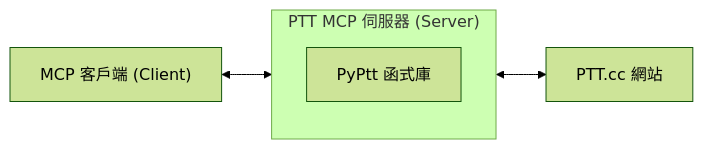
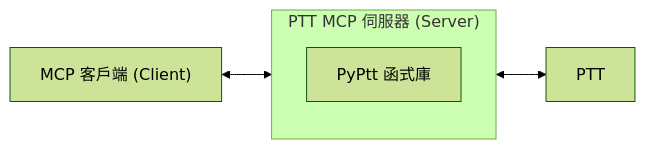
One commit to PyPtt/ptt_mcp_server changed the diagram in README.md. Above: the diagram before and after it, drawn with Mermaid (forest theme). The commit also changed other lines of this file and 5 other files, not shown here.

````diff
--- a/README.md
+++ b/README.md
@@ -85,13 +85,13 @@
 ```mermaid
 graph LR
     A["MCP 客戶端 (Client)"]
 
     subgraph B ["PTT MCP 伺服器 (Server)"]
         D["PyPtt 函式庫"]
     end
 
-    C["PTT.cc 網站"]
+    C["PTT"]
 
     A <--> B
     B <--> C
 ```
````
